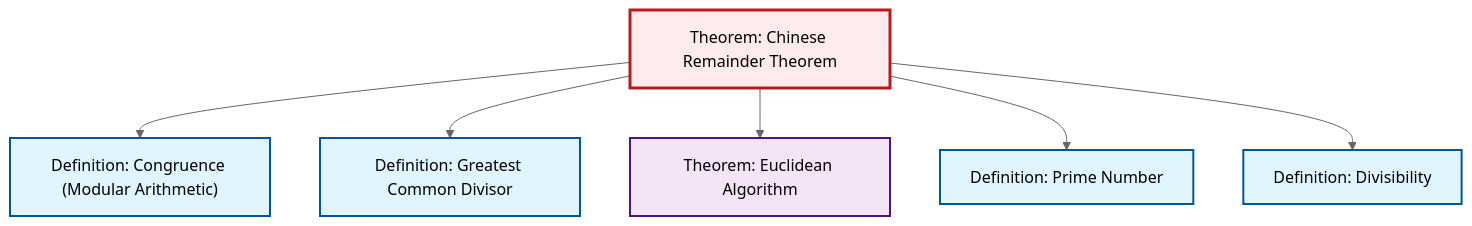
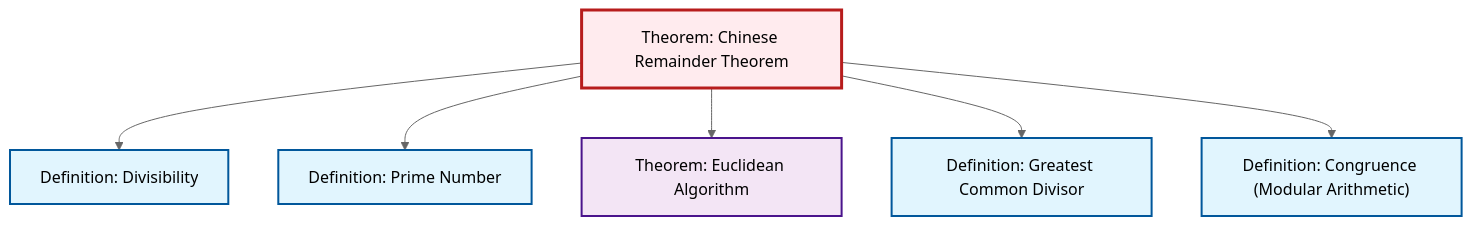
Before and after one commit to RK0429/ModernMath: the diagram in content/en/number-theory/thm-chinese-remainder.qmd, drawn with Mermaid (neutral theme). The commit also changed other lines of this file and 554 other files, not shown here.

````diff
--- a/content/en/number-theory/thm-chinese-remainder.qmd
+++ b/content/en/number-theory/thm-chinese-remainder.qmd
@@ -88,26 +88,26 @@
 ```{mermaid}
 %%| fig-cap: "Local dependency graph"
 graph TD
     classDef definition fill:#e1f5fe,stroke:#01579b,stroke-width:2px
     classDef theorem fill:#f3e5f5,stroke:#4a148c,stroke-width:2px
     classDef axiom fill:#fff3e0,stroke:#e65100,stroke-width:2px
     classDef example fill:#e8f5e9,stroke:#1b5e20,stroke-width:2px
     classDef current fill:#ffebee,stroke:#b71c1c,stroke-width:3px
+    def-prime["Definition: Prime Number"]:::definition
     thm-chinese-remainder["Theorem: Chinese Remainder Theorem"]:::theorem
     def-divisibility["Definition: Divisibility"]:::definition
     def-congruence["Definition: Congruence (Modular Arithmetic)"]:::definition
+    thm-euclidean-algorithm["Theorem: Euclidean Algorithm"]:::theorem
     def-gcd["Definition: Greatest Common Divisor"]:::definition
-    def-prime["Definition: Prime Number"]:::definition
-    thm-euclidean-algorithm["Theorem: Euclidean Algorithm"]:::theorem
+    thm-chinese-remainder --> def-divisibility
+    thm-chinese-remainder --> def-prime
+    thm-chinese-remainder --> thm-euclidean-algorithm
+    thm-chinese-remainder --> def-gcd
     thm-chinese-remainder --> def-congruence
-    thm-chinese-remainder --> def-gcd
-    thm-chinese-remainder --> thm-euclidean-algorithm
-    thm-chinese-remainder --> def-prime
-    thm-chinese-remainder --> def-divisibility
     class thm-chinese-remainder current
+    click def-prime "def-prime.html" "Go to Prime Number definition"
     click def-divisibility "def-divisibility.html" "Go to Divisibility definition"
     click def-congruence "def-congruence.html" "Go to Congruence (Modular Arithmetic) definition"
+    click thm-euclidean-algorithm "thm-euclidean-algorithm.html" "Go to Euclidean Algorithm theorem"
     click def-gcd "def-gcd.html" "Go to Greatest Common Divisor definition"
-    click def-prime "def-prime.html" "Go to Prime Number definition"
-    click thm-euclidean-algorithm "thm-euclidean-algorithm.html" "Go to Euclidean Algorithm theorem"
 ```
````
